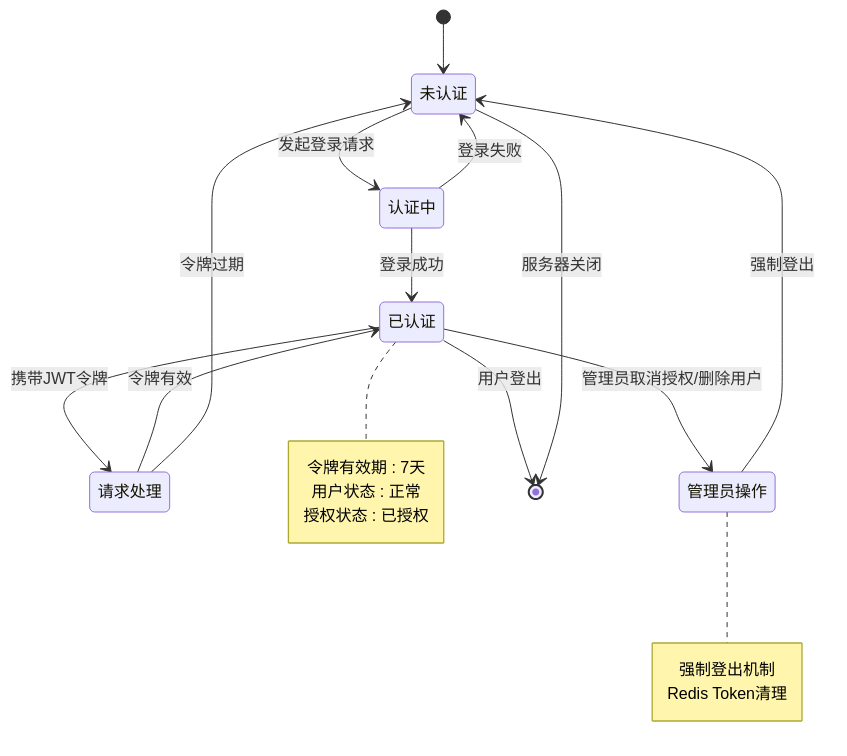
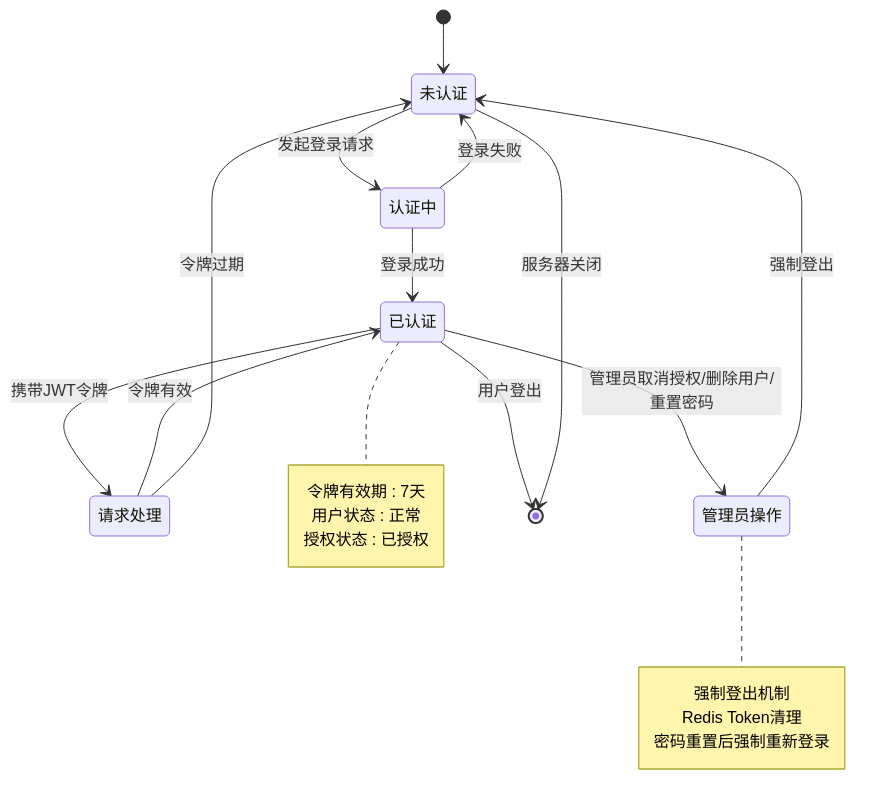
One commit to 20164206160/zhishilu changed diagram 12 of 21 in .qoder/repowiki/zh/content/用户管理系统/用户管理系统.md. Above: the diagram before and after it, drawn with Mermaid. The commit also changed other lines of this file and 16 other files, not shown here.

````diff
--- a/.qoder/repowiki/zh/content/用户管理系统/用户管理系统.md
+++ b/.qoder/repowiki/zh/content/用户管理系统/用户管理系统.md
@@ -739,23 +822,24 @@
 ```mermaid
 stateDiagram-v2
 [*] --> 未认证
 未认证 --> 认证中 : 发起登录请求
 认证中 --> 已认证 : 登录成功
 认证中 --> 未认证 : 登录失败
 已认证 --> 请求处理 : 携带JWT令牌
 请求处理 --> 已认证 : 令牌有效
 请求处理 --> 未认证 : 令牌过期
-已认证 --> 管理员操作 : 管理员取消授权/删除用户
+已认证 --> 管理员操作 : 管理员取消授权/删除用户/重置密码
 管理员操作 --> 未认证 : 强制登出
 已认证 --> [*] : 用户登出
 未认证 --> [*] : 服务器关闭
 note right of 已认证
 令牌有效期 : 7天
 用户状态 : 正常
 授权状态 : 已授权
 end note
 note right of 管理员操作
 强制登出机制
 Redis Token清理
+密码重置后强制重新登录
 end note
 ```
````
